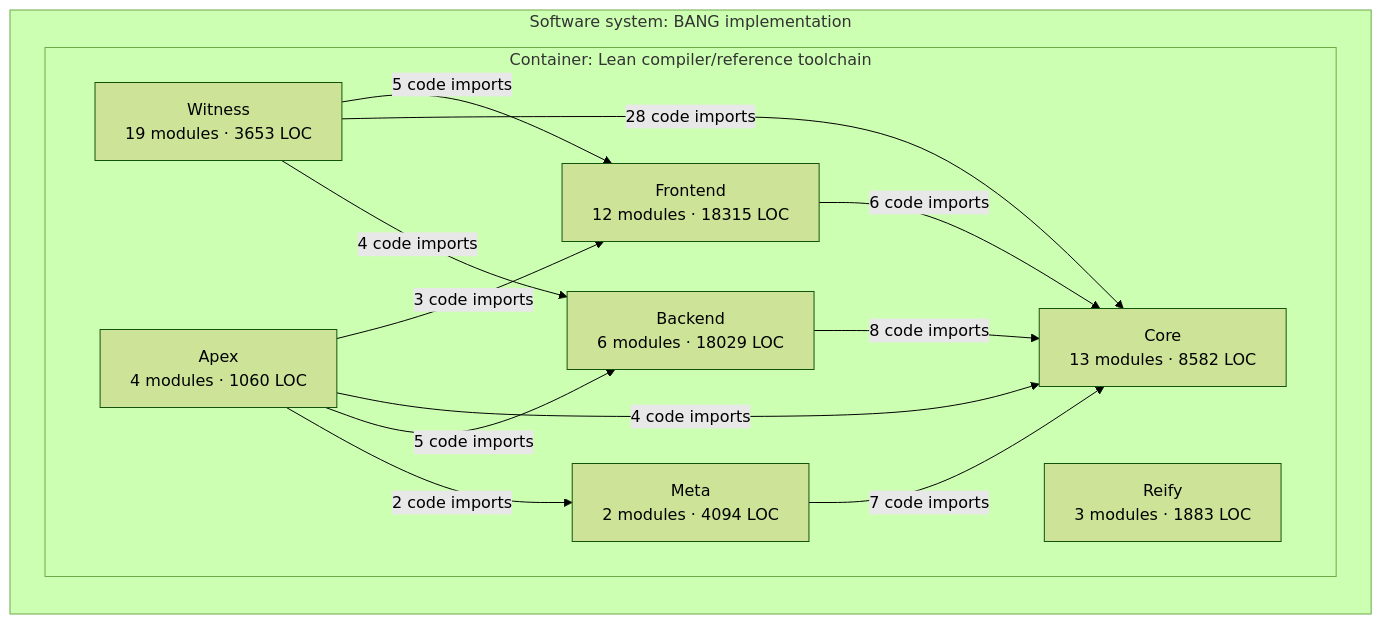
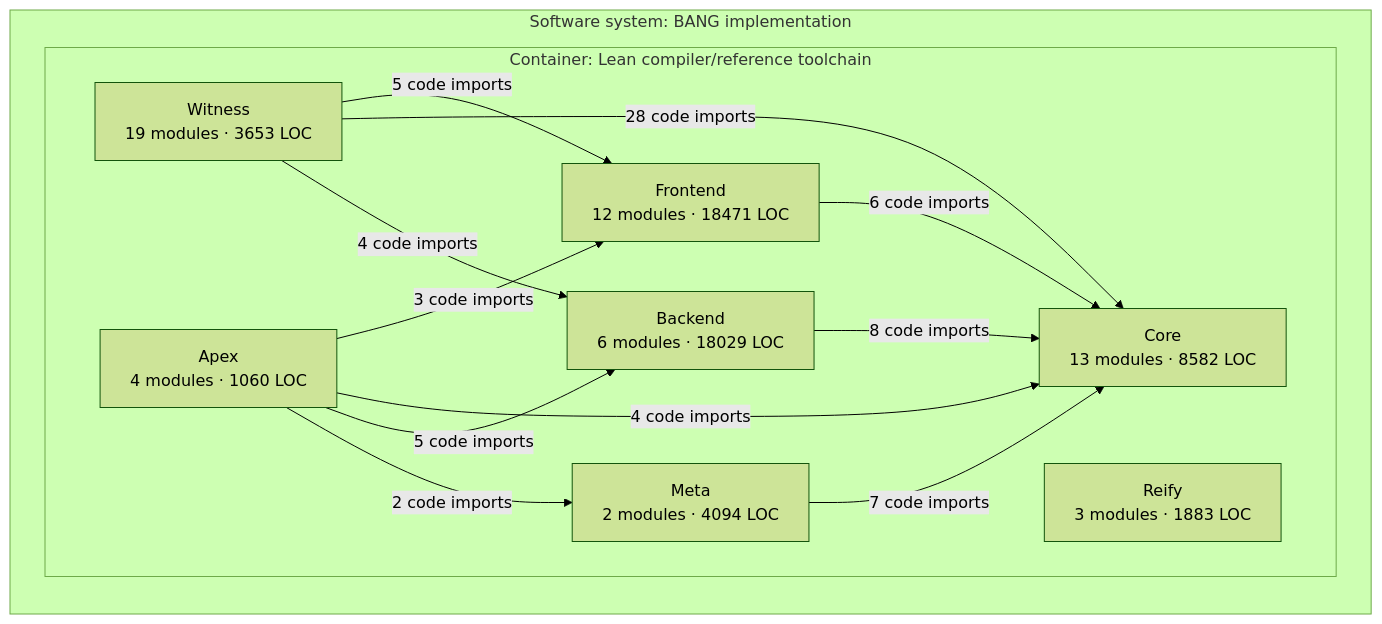
The third of 3 diagrams in docs/architecture/core-overview.md (phibkro/bang), drawn with Mermaid (forest theme) before and after one commit. The commit also changed other lines of this file and 10 other files, not shown here.

````diff
--- a/docs/architecture/core-overview.md
+++ b/docs/architecture/core-overview.md
@@ -160,24 +160,24 @@
 ```mermaid
 flowchart LR
   subgraph system_BANG["Software system: BANG implementation"]
     subgraph container_Lean_toolchain["Container: Lean compiler/reference toolchain"]
-      component_Frontend["Frontend<br/>12 modules · 18315 LOC"]
+      component_Frontend["Frontend<br/>12 modules · 18471 LOC"]
       component_Core["Core<br/>13 modules · 8582 LOC"]
       component_Backend["Backend<br/>6 modules · 18029 LOC"]
       component_Meta["Meta<br/>2 modules · 4094 LOC"]
       component_Witness["Witness<br/>19 modules · 3653 LOC"]
       component_Reify["Reify<br/>3 modules · 1883 LOC"]
       component_Apex["Apex<br/>4 modules · 1060 LOC"]
     end
   end
   component_Frontend -->|6 code imports| component_Core
   component_Backend -->|8 code imports| component_Core
   component_Meta -->|7 code imports| component_Core
   component_Witness -->|5 code imports| component_Frontend
   component_Witness -->|28 code imports| component_Core
   component_Witness -->|4 code imports| component_Backend
   component_Apex -->|3 code imports| component_Frontend
   component_Apex -->|4 code imports| component_Core
   component_Apex -->|5 code imports| component_Backend
   component_Apex -->|2 code imports| component_Meta
 ```
````
